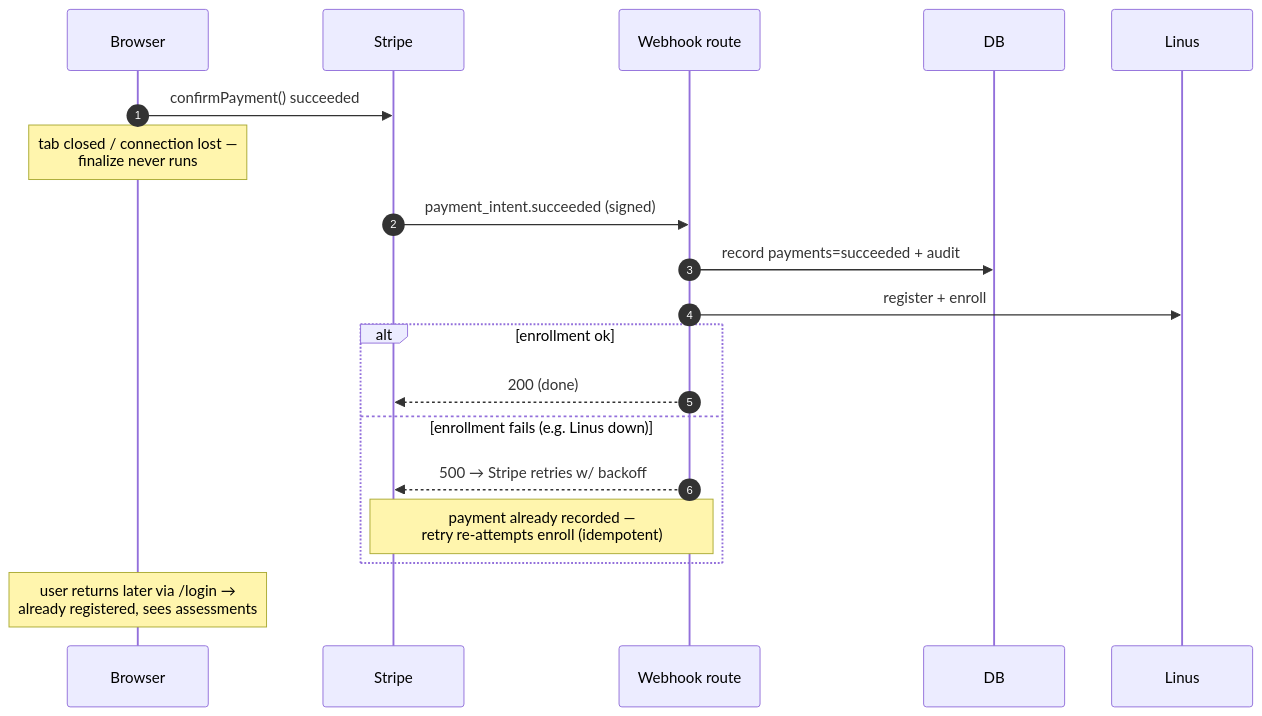
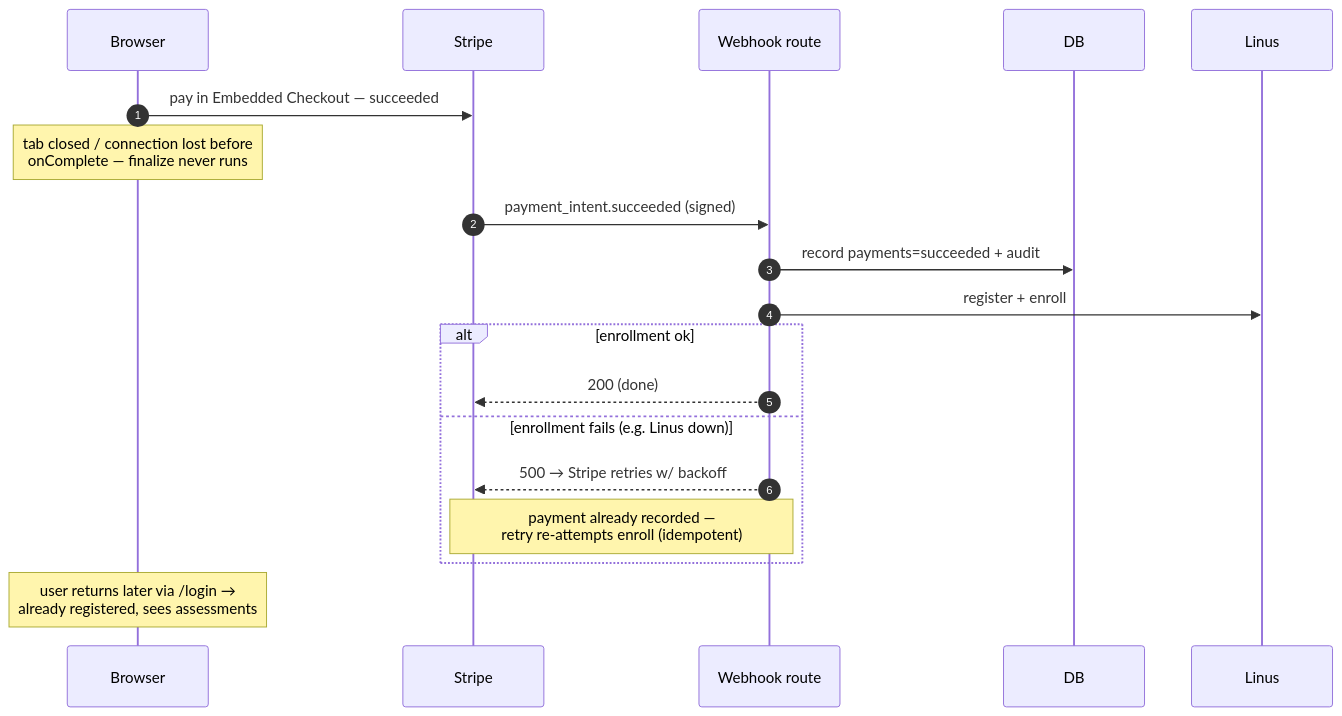
Before and after one commit to dbates-commits/primary-brain-health: the third of 4 diagrams in docs/sow2/technical/stripe-integration-reference.md, drawn with Mermaid. The commit also changed other lines of this file and 1 other file, not shown here.

First line of the commit message:
docs(funnel): update Stripe docs for Embedded Checkout

````diff
--- a/docs/sow2/technical/stripe-integration-reference.md
+++ b/docs/sow2/technical/stripe-integration-reference.md
@@ -154,22 +156,22 @@
 ```mermaid
 sequenceDiagram
     autonumber
     participant B as Browser
     participant S as Stripe
     participant W as Webhook route
     participant D as DB
     participant L as Linus
 
-    B->>S: confirmPayment() succeeded
-    Note over B: tab closed / connection lost —<br/>finalize never runs
+    B->>S: pay in Embedded Checkout — succeeded
+    Note over B: tab closed / connection lost before<br/>onComplete — finalize never runs
     S->>W: payment_intent.succeeded (signed)
     W->>D: record payments=succeeded + audit
     W->>L: register + enroll
     alt enrollment ok
         W-->>S: 200 (done)
     else enrollment fails (e.g. Linus down)
         W-->>S: 500 → Stripe retries w/ backoff
         Note over W,S: payment already recorded —<br/>retry re-attempts enroll (idempotent)
     end
     Note over B: user returns later via /login →<br/>already registered, sees assessments
 ```
````
